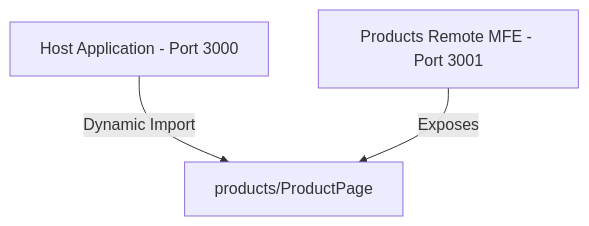
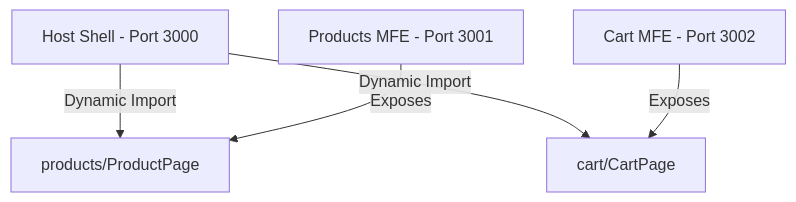
Before and after one commit to genishprakash/Module-federation: the diagram in README.md, drawn with Mermaid. The commit also changed other lines of this file and 11 other files, not shown here.

Commit message:
Implement Async Bootstrap, Shared React, and update MFE architecture documentation

````diff
--- a/README.md
+++ b/README.md
@@ -11,8 +11,12 @@
 ```mermaid
 graph TD
-    Host[Host Application - Port 3000]
-    Products[Products Remote MFE - Port 3001]
+    Host[Host Shell - Port 3000]
+    Products[Products MFE - Port 3001]
+    Cart[Cart MFE - Port 3002]
     
     Host -- "Dynamic Import" --> ProductsPage["products/ProductPage"]
+    Host -- "Dynamic Import" --> CartPage["cart/CartPage"]
+    
     Products -- "Exposes" --> ProductsPage
+    Cart -- "Exposes" --> CartPage
 ```
````
